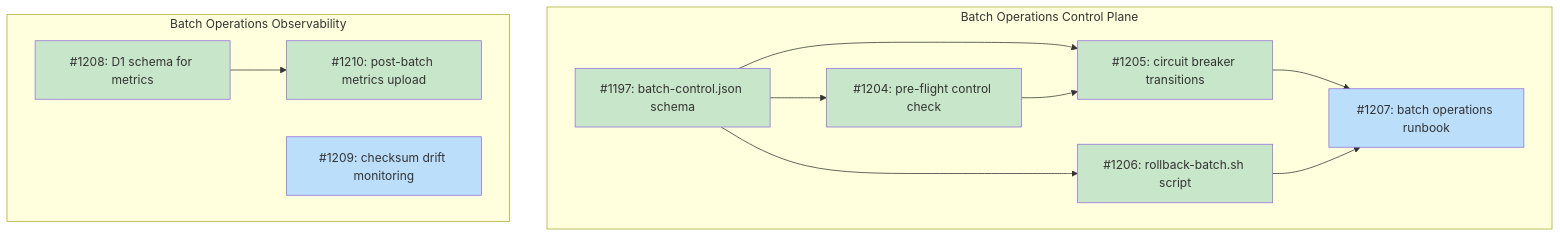
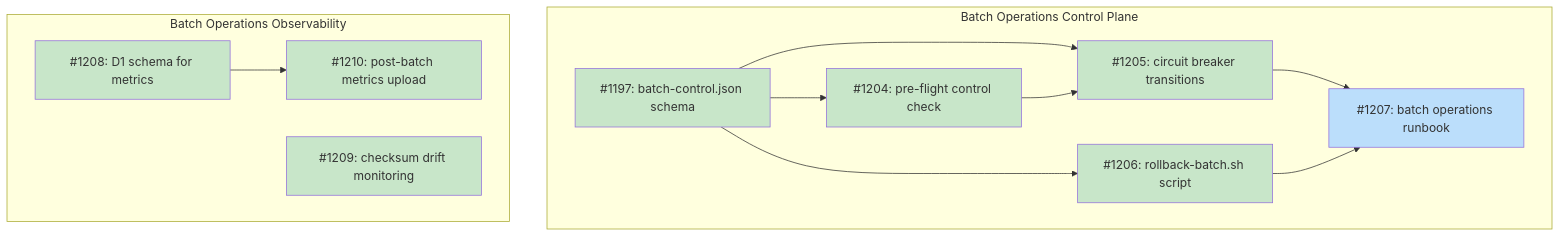
The diagram in docs/designs/DESIGN-batch-operations.md (tsukumogami/tsuku), drawn with Mermaid before and after one commit. The commit also changed other lines of this file and 2 other files, not shown here.

Commit message:
feat(ci): add checksum drift monitoring workflow (#1232)
Add a scheduled GitHub Actions workflow and shell script that monitor
upstream checksum files for supply chain drift. The script finds recipes
with `checksum_url` fields, resolves their latest versions via the
GitHub
API or Node.js dist index, downloads current checksums, and compares
them
against stored baselines in `data/checksums/`. When drift is detected,
the
workflow creates a GitHub issue with `security` and `needs-triage`
labels.

The workflow runs daily at 5 AM UTC with manual dispatch support. It
uses
read-only default permissions with `issues: write` only for alert
creation.

````diff
--- a/docs/designs/DESIGN-batch-operations.md
+++ b/docs/designs/DESIGN-batch-operations.md
@@ -36,33 +36,32 @@
 ```mermaid
 graph TD
     subgraph ControlPlane["Batch Operations Control Plane"]
         I1197["#1197: batch-control.json schema"]
         I1204["#1204: pre-flight control check"]
         I1205["#1205: circuit breaker transitions"]
         I1206["#1206: rollback-batch.sh script"]
         I1207["#1207: batch operations runbook"]
     end
 
     subgraph Observability["Batch Operations Observability"]
         I1208["#1208: D1 schema for metrics"]
         I1209["#1209: checksum drift monitoring"]
         I1210["#1210: post-batch metrics upload"]
     end
 
     I1197 --> I1204
     I1197 --> I1205
     I1197 --> I1206
     I1204 --> I1205
     I1205 --> I1207
     I1206 --> I1207
     I1208 --> I1210
 
     classDef done fill:#c8e6c9
     classDef ready fill:#bbdefb
     classDef blocked fill:#fff9c4
     classDef needsDesign fill:#e1bee7
 
-    class I1197,I1204,I1205,I1206,I1208,I1210 done
-    class I1209 ready
+    class I1197,I1204,I1205,I1206,I1208,I1209,I1210 done
     class I1207 ready
 ```
````
